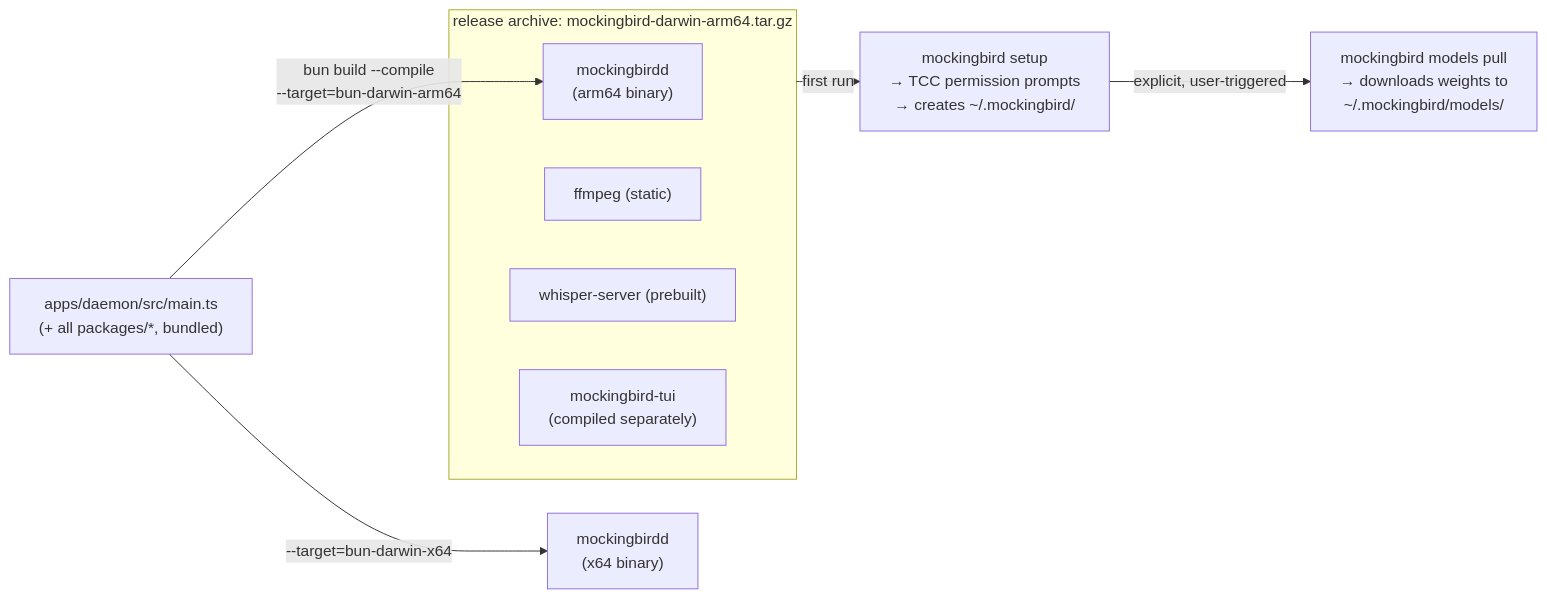
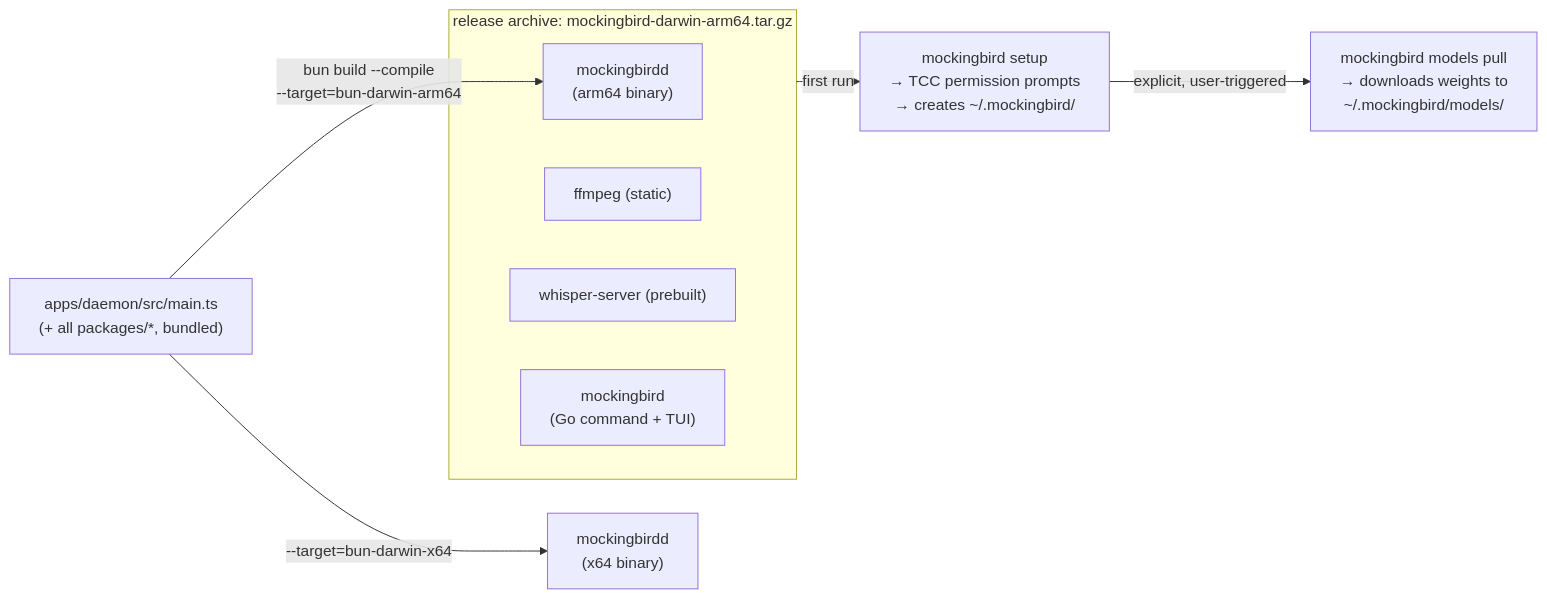
One commit to NirjharBhattacharjee/mockingbird changed the fifth of 8 diagrams in docs/ARCHITECTURE.md. Above: the diagram before and after it, drawn with Mermaid. The commit also changed other lines of this file and 3 other files, not shown here.

First line of the commit message:
docs: allow Go for the mockingbird command and its terminal UI (#37)

````diff
--- a/docs/ARCHITECTURE.md
+++ b/docs/ARCHITECTURE.md
@@ -484,16 +500,16 @@
 ```mermaid
 flowchart LR
     SRC["apps/daemon/src/main.ts\n(+ all packages/*, bundled)"]
     SRC -->|bun build --compile\n--target=bun-darwin-arm64| BIN1["mockingbirdd\n(arm64 binary)"]
     SRC -->|--target=bun-darwin-x64| BIN2["mockingbirdd\n(x64 binary)"]
 
     subgraph Archive["release archive: mockingbird-darwin-arm64.tar.gz"]
         BIN1
         FF["ffmpeg (static)"]
         WS["whisper-server (prebuilt)"]
-        TUIBIN["mockingbird-tui\n(compiled separately)"]
+        TUIBIN["mockingbird\n(Go command + TUI)"]
     end
 
     Archive -->|first run| SETUP["mockingbird setup\n→ TCC permission prompts\n→ creates ~/.mockingbird/"]
     SETUP -->|explicit, user-triggered| MODELS["mockingbird models pull\n→ downloads weights to\n~/.mockingbird/models/"]
 ```
````
